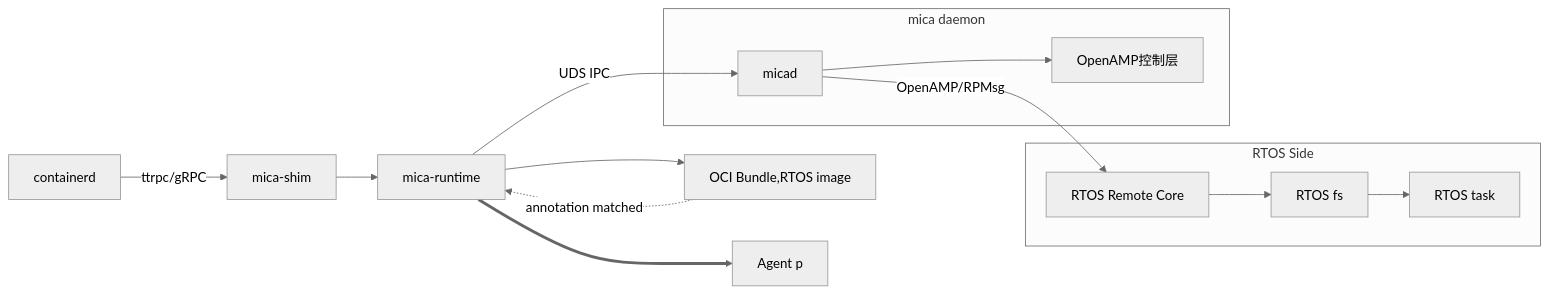
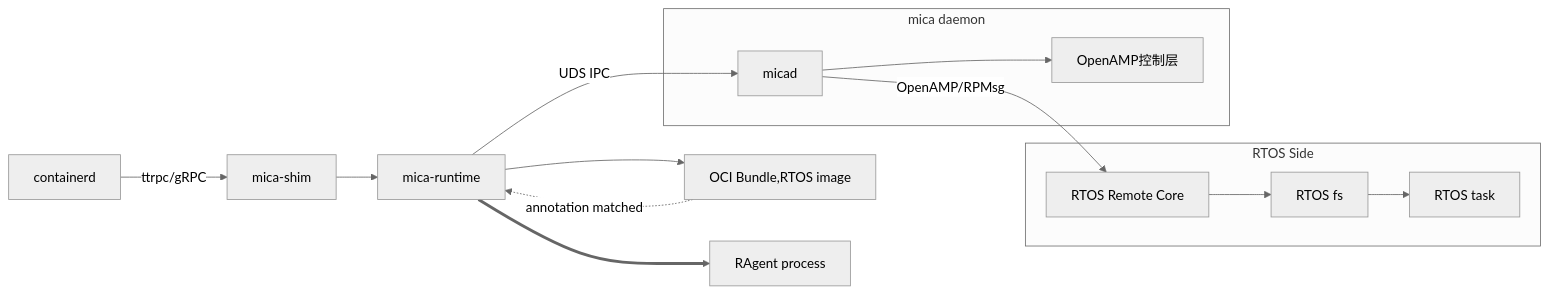
Before and after one commit to Egg12138/iodraw-files: the diagram in all/未命名.md, drawn with Mermaid (neutral theme).

Commit message:
2025-06-21 17:07:58 update

````diff
--- a/all/未命名.md
+++ b/all/未命名.md
@@ -1,19 +1,19 @@
 ```mermaid
 
 graph LR
     CD[containerd] -->|ttrpc/gRPC| S
     S[mica-shim] --> MR
     MR[mica-runtime] -->|UDS IPC| A[micad]
     MR -->C[OCI Bundle,RTOS image]
-    MR ==>AG[Agent p]
+    MR ==>AG[RAgent process]
     A -->|OpenAMP/RPMsg| B[RTOS Remote Core]
     C -.->|annotation matched| MR
     subgraph RTOS Side
         B --> D[RTOS fs] --> E
         E[RTOS task]
     end
     subgraph mica daemon
         A --> F[OpenAMP控制层]
     end
 
 ```
````
